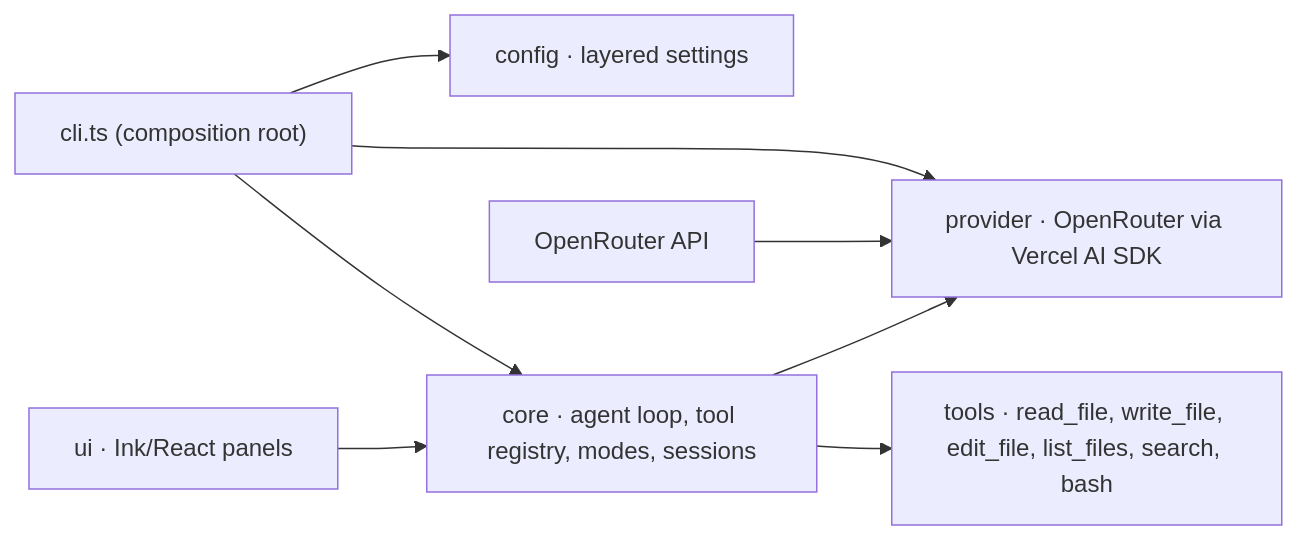
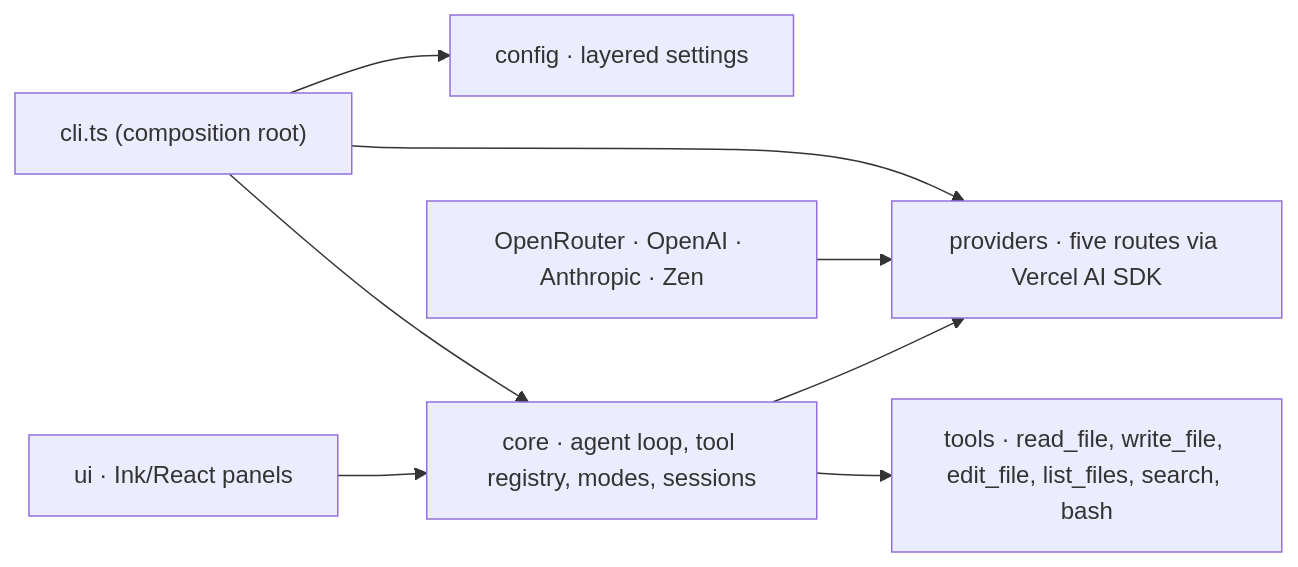
Before and after one commit to Vishesh-Verma-07/ViCode: the diagram in README.md, drawn with Mermaid. The commit also changed other lines of this file and 42 other files, not shown here.

````diff
--- a/README.md
+++ b/README.md
@@ -258,10 +286,10 @@
 ```mermaid
 flowchart LR
     CLI["cli.ts (composition root)"] --> CONFIG["config · layered settings"]
-    CLI --> PROVIDER["provider · OpenRouter via Vercel AI SDK"]
+    CLI --> PROVIDER["providers · five routes via Vercel AI SDK"]
     CLI --> CORE["core · agent loop, tool registry, modes, sessions"]
     CORE --> PROVIDER
     CORE --> TOOLS["tools · read_file, write_file, edit_file, list_files, search, bash"]
     UI["ui · Ink/React panels"] --> CORE
-    OPENROUTER["OpenRouter API"] --> PROVIDER
+    PROVIDERS["OpenRouter · OpenAI · Anthropic · Zen"] --> PROVIDER
 ```
````
